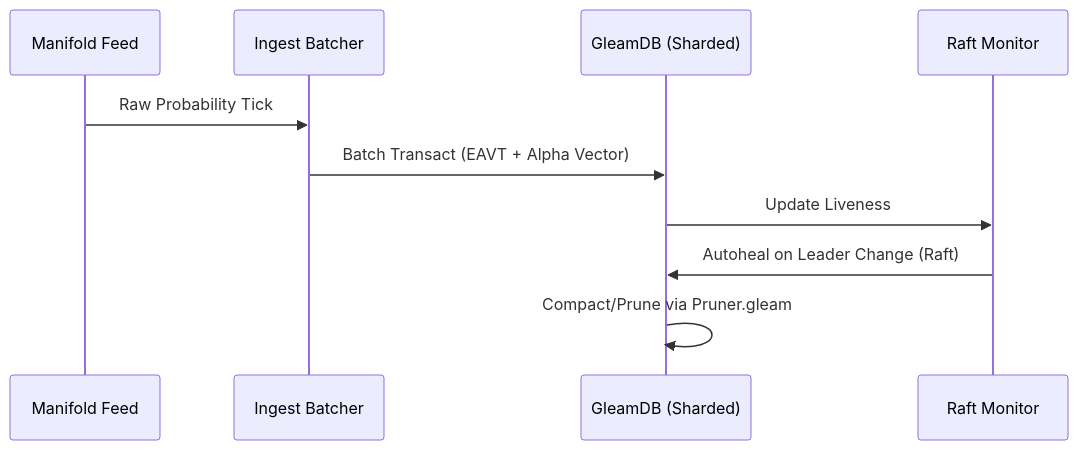
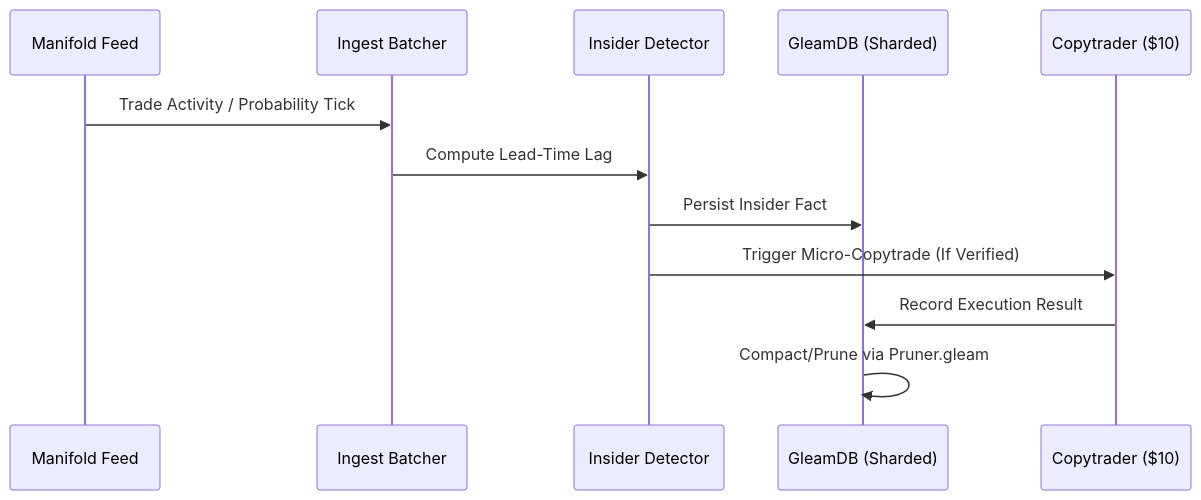
One commit to criticalinsight/gswarm changed the diagram in docs/architecture.md. Above: the diagram before and after it, drawn with Mermaid. The commit also changed other lines of this file and 42 other files, not shown here.

````diff
--- a/docs/architecture.md
+++ b/docs/architecture.md
@@ -25,13 +29,15 @@
 ```mermaid
 sequenceDiagram
     participant F as Manifold Feed
     participant B as Ingest Batcher
+    participant I as Insider Detector
     participant G as GleamDB (Sharded)
-    participant R as Raft Monitor
+    participant C as Copytrader ($10)
     
-    F->>B: Raw Probability Tick
-    B->>G: Batch Transact (EAVT + Alpha Vector)
-    G->>R: Update Liveness
-    R->>G: Autoheal on Leader Change (Raft)
+    F->>B: Trade Activity / Probability Tick
+    B->>I: Compute Lead-Time Lag
+    I->>G: Persist Insider Fact
+    I->>C: Trigger Micro-Copytrade (If Verified)
+    C->>G: Record Execution Result
     G->>G: Compact/Prune via Pruner.gleam
 ```
````
